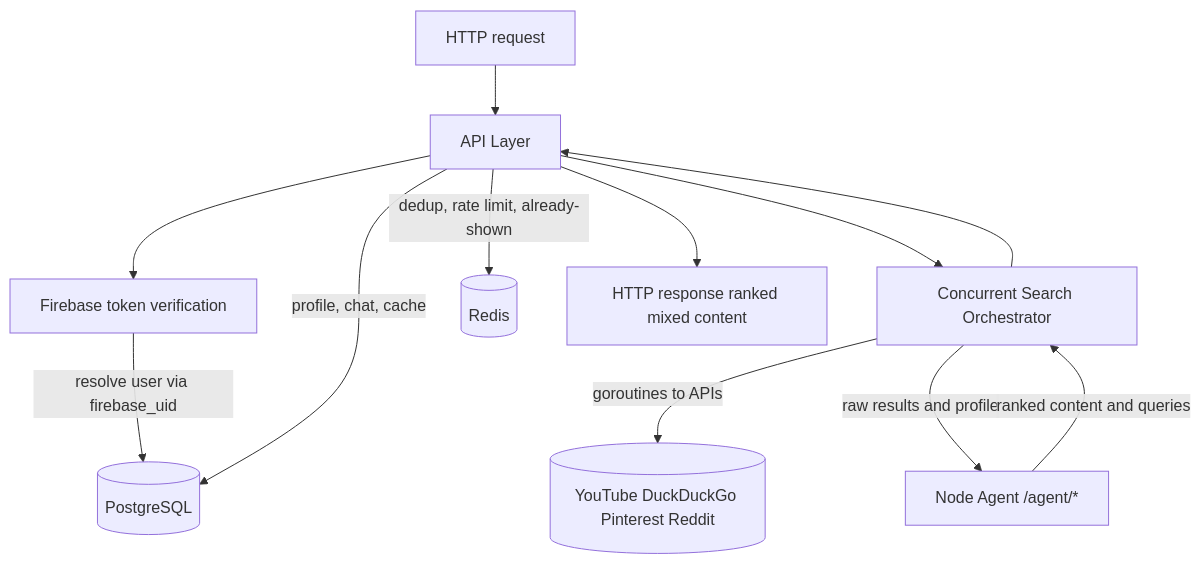
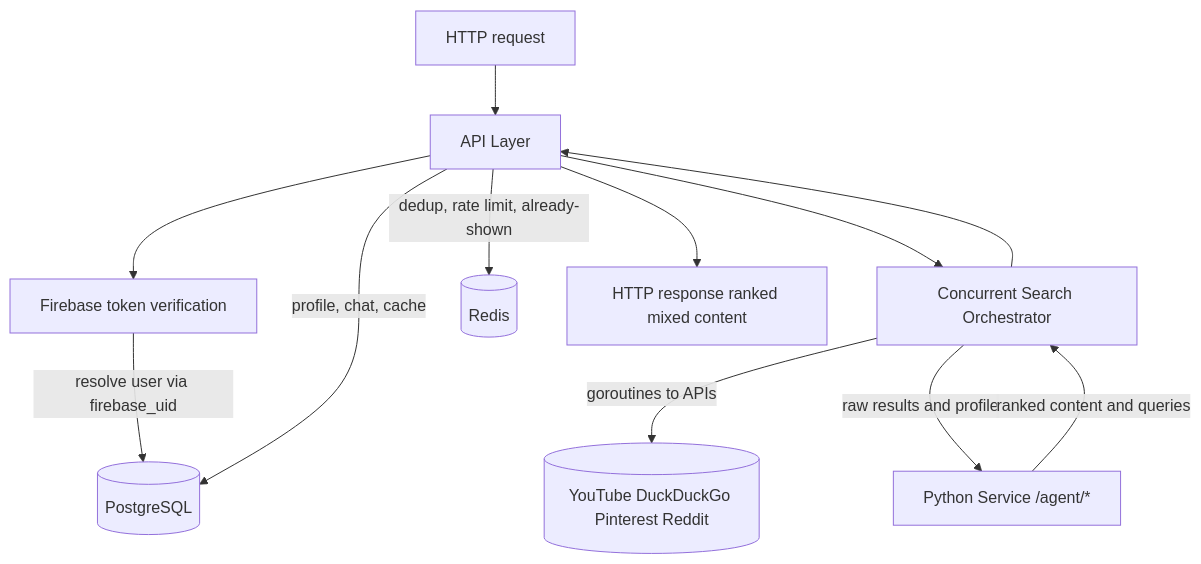
Before and after one commit to garvishtayal/dis-connect: the diagram in architecture/03-go-service-architecture.md, drawn with Mermaid. The commit also changed 11 other files, not shown here.

Commit message:
feat(global): using python for scrapping and LLM calling instead of node

````diff
--- a/architecture/03-go-service-architecture.md
+++ b/architecture/03-go-service-architecture.md
@@ -3,27 +3,27 @@
 ```mermaid
 flowchart TD
   Req[HTTP request]
   APILayer[API Layer]
   Auth[Firebase token verification]
   Orchestrator[Concurrent Search Orchestrator]
-  NodeAgent[Node Agent /agent/*]
+  PyAgent[Python Service /agent/*]
   PG[(PostgreSQL)]
   RDS[(Redis)]
   ExtAPIs[(YouTube DuckDuckGo Pinterest Reddit)]
 
   Req --> APILayer
   APILayer --> Auth
 
   Auth -->|resolve user via firebase_uid| PG
   APILayer -->|profile, chat, cache| PG
   APILayer -->|dedup, rate limit, already-shown| RDS
   APILayer --> Orchestrator
 
   Orchestrator -->|goroutines to APIs| ExtAPIs
-  Orchestrator -->|raw results and profile| NodeAgent
+  Orchestrator -->|raw results and profile| PyAgent
 
-  NodeAgent -->|ranked content and queries| Orchestrator
+  PyAgent -->|ranked content and queries| Orchestrator
 
   Orchestrator --> APILayer
   APILayer --> Resp[HTTP response ranked mixed content]
 ```
````
